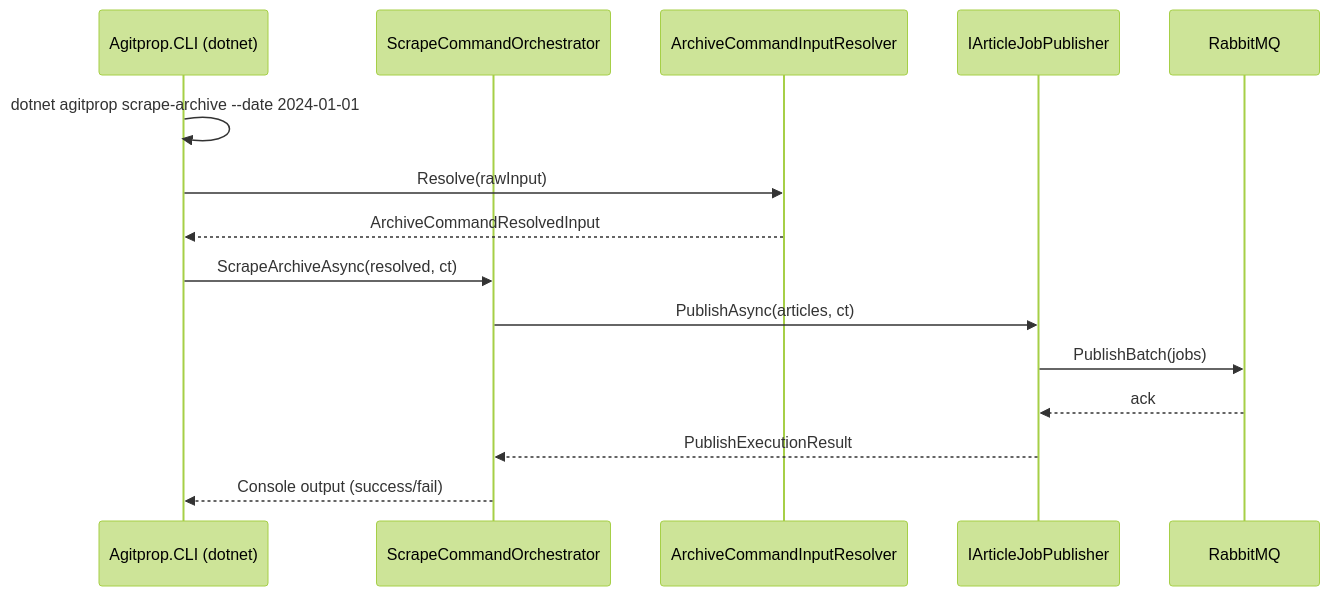
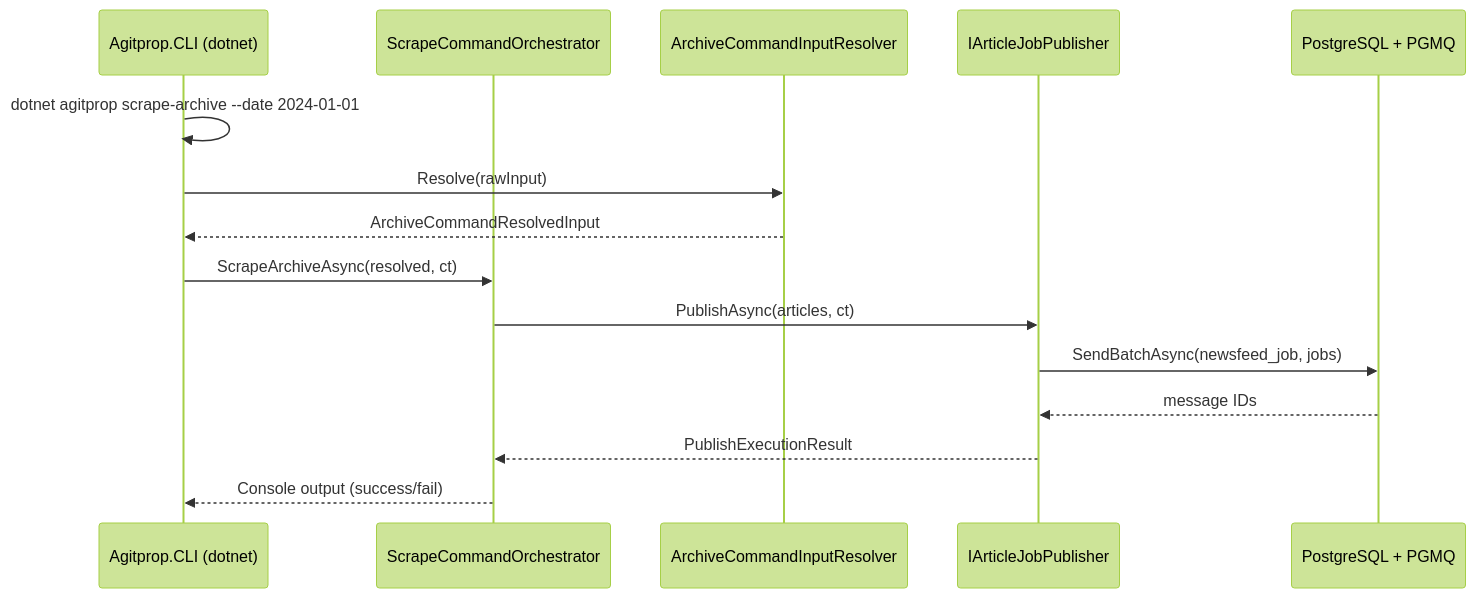
The seventh of 8 diagrams in .docs/pipelines.md (Fortyfei/AgitpropScraper), drawn with Mermaid (forest theme) before and after one commit. The commit also changed other lines of this file and 39 other files, not shown here.

````diff
--- a/.docs/pipelines.md
+++ b/.docs/pipelines.md
@@ -162,18 +162,18 @@
 ```mermaid
 sequenceDiagram
     participant CLI as Agitprop.CLI (dotnet)
     participant ORCH as ScrapeCommandOrchestrator
     participant RESOLVE as ArchiveCommandInputResolver
     participant PUBLISHER as IArticleJobPublisher
-    participant MQ as RabbitMQ
+    participant MQ as PostgreSQL + PGMQ
 
     CLI->>CLI: dotnet agitprop scrape-archive --date 2024-01-01
     CLI->>RESOLVE: Resolve(rawInput)
     RESOLVE-->>CLI: ArchiveCommandResolvedInput
     CLI->>ORCH: ScrapeArchiveAsync(resolved, ct)
     ORCH->>PUBLISHER: PublishAsync(articles, ct)
-    PUBLISHER->>MQ: PublishBatch(jobs)
-    MQ-->>PUBLISHER: ack
+    PUBLISHER->>MQ: SendBatchAsync(newsfeed_job, jobs)
+    MQ-->>PUBLISHER: message IDs
     PUBLISHER-->>ORCH: PublishExecutionResult
     ORCH-->>CLI: Console output (success/fail)
 ```
````
